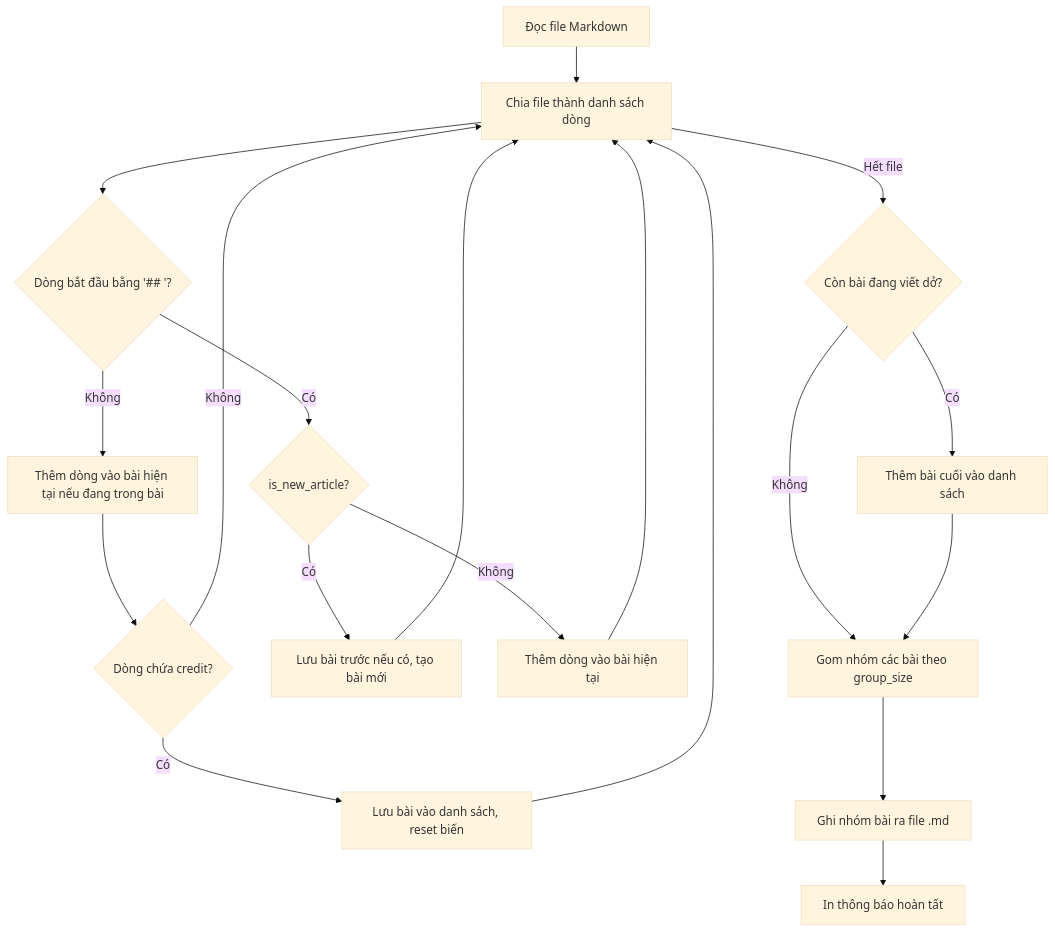
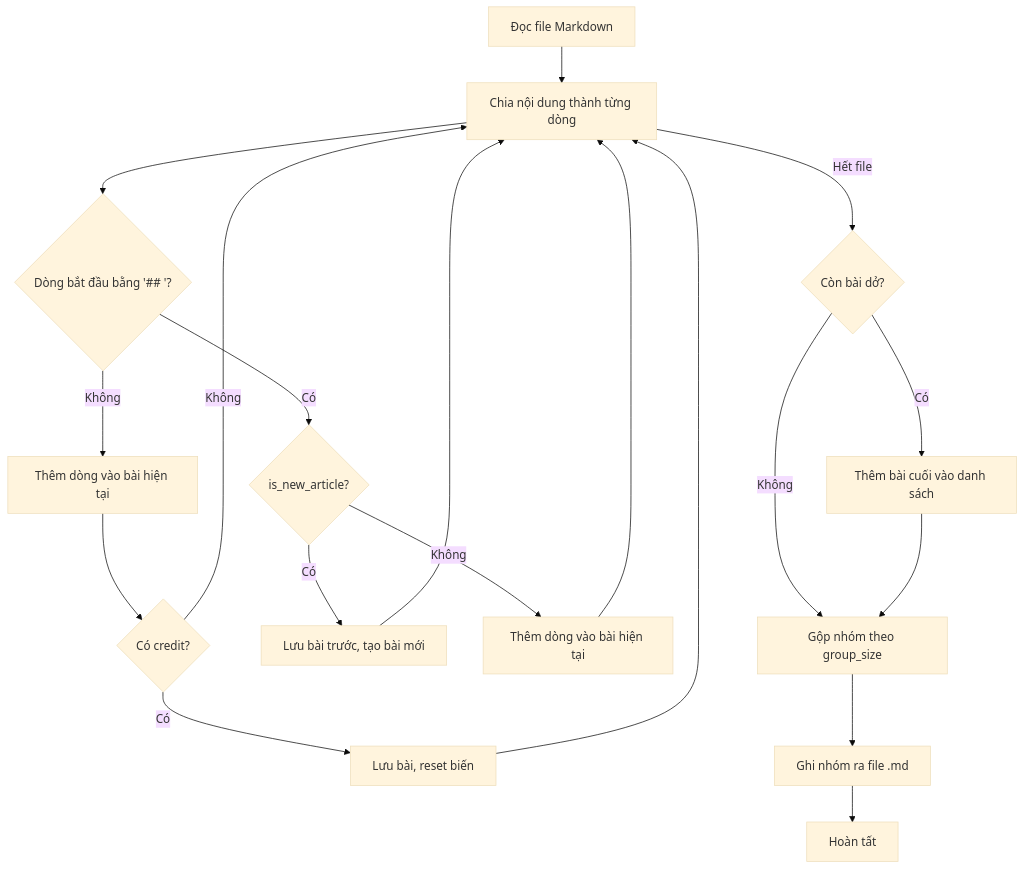
Before and after one commit to ndongdoan/markdown_chunking: the first of 2 diagrams in README.md, drawn with Mermaid (base theme).

````diff
--- a/README.md
+++ b/README.md
@@ -42,21 +42,21 @@
 ```mermaid
 flowchart TD
-A[Đọc file Markdown] --> B[Chia file thành danh sách dòng]
-B --> C{Dòng bắt đầu bằng '## '?}
-C -- Không --> D[Thêm dòng vào bài hiện tại nếu đang trong bài]
-D --> E{Dòng chứa credit?}
-E -- Có --> F[Lưu bài vào danh sách, reset biến]
-E -- Không --> B
-C -- Có --> G{is_new_article?}
-G -- Có --> H[Lưu bài trước nếu có, tạo bài mới]
-G -- Không --> I[Thêm dòng vào bài hiện tại]
-H --> B
-I --> B
-F --> B
-B -->|Hết file| J{Còn bài đang viết dở?}
-J -- Có --> K[Thêm bài cuối vào danh sách]
-J -- Không --> L[Gom nhóm các bài theo group_size]
-K --> L
-L --> M[Ghi nhóm bài ra file .md]
-M --> N[In thông báo hoàn tất]
+    A[Đọc file Markdown] --> B[Chia nội dung thành từng dòng]
+    B --> C{Dòng bắt đầu bằng '## '?}
+    C -- Không --> D[Thêm dòng vào bài hiện tại]
+    D --> E{Có credit?}
+    E -- Có --> F[Lưu bài, reset biến]
+    E -- Không --> B
+    C -- Có --> G{is_new_article?}
+    G -- Có --> H[Lưu bài trước, tạo bài mới]
+    G -- Không --> I[Thêm dòng vào bài hiện tại]
+    H --> B
+    I --> B
+    F --> B
+    B -->|Hết file| J{Còn bài dở?}
+    J -- Có --> K[Thêm bài cuối vào danh sách]
+    J -- Không --> L[Gộp nhóm theo group_size]
+    K --> L
+    L --> M[Ghi nhóm ra file .md]
+    M --> N[Hoàn tất]
 ```
````
